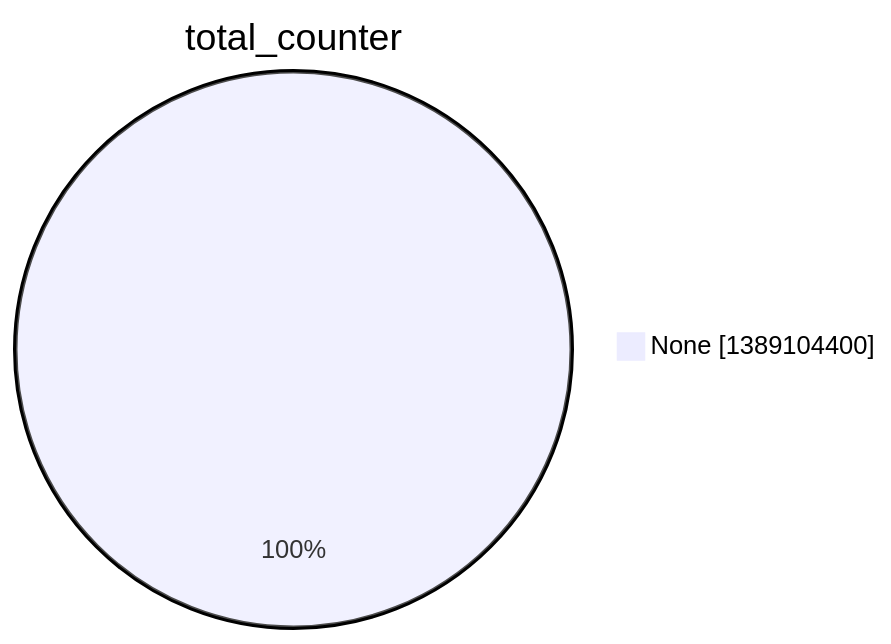
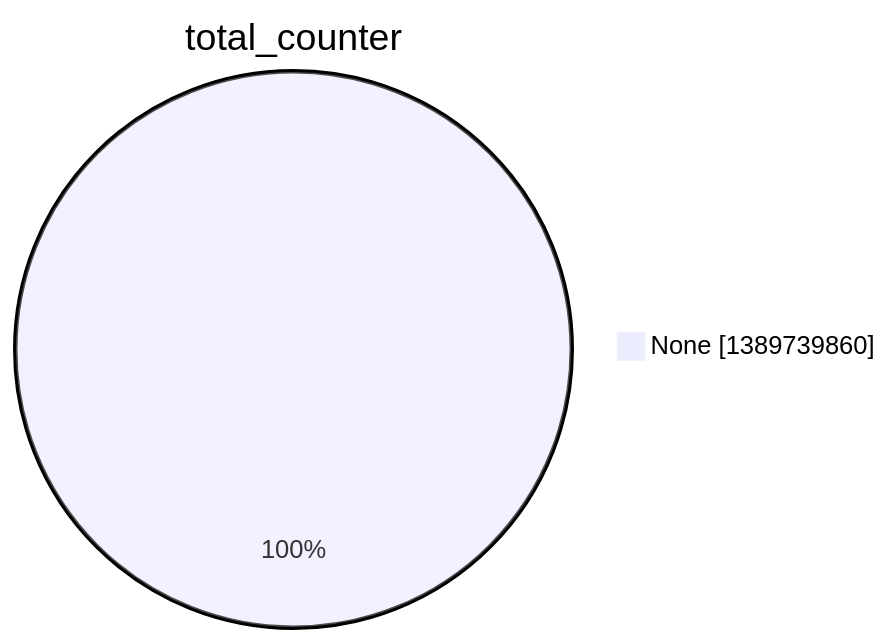
Before and after one commit to christiankrug/ctmonitor_visualization: the second of 15 diagrams in argon2022/README.md, drawn with Mermaid. The commit also changed other lines of this file, not shown here.

````diff
--- a/argon2022/README.md
+++ b/argon2022/README.md
@@ -9,5 +9,5 @@
 ```mermaid
 pie showData
 title total_counter
-"None" :1389104400
+"None" :1389739860
 ```
````
